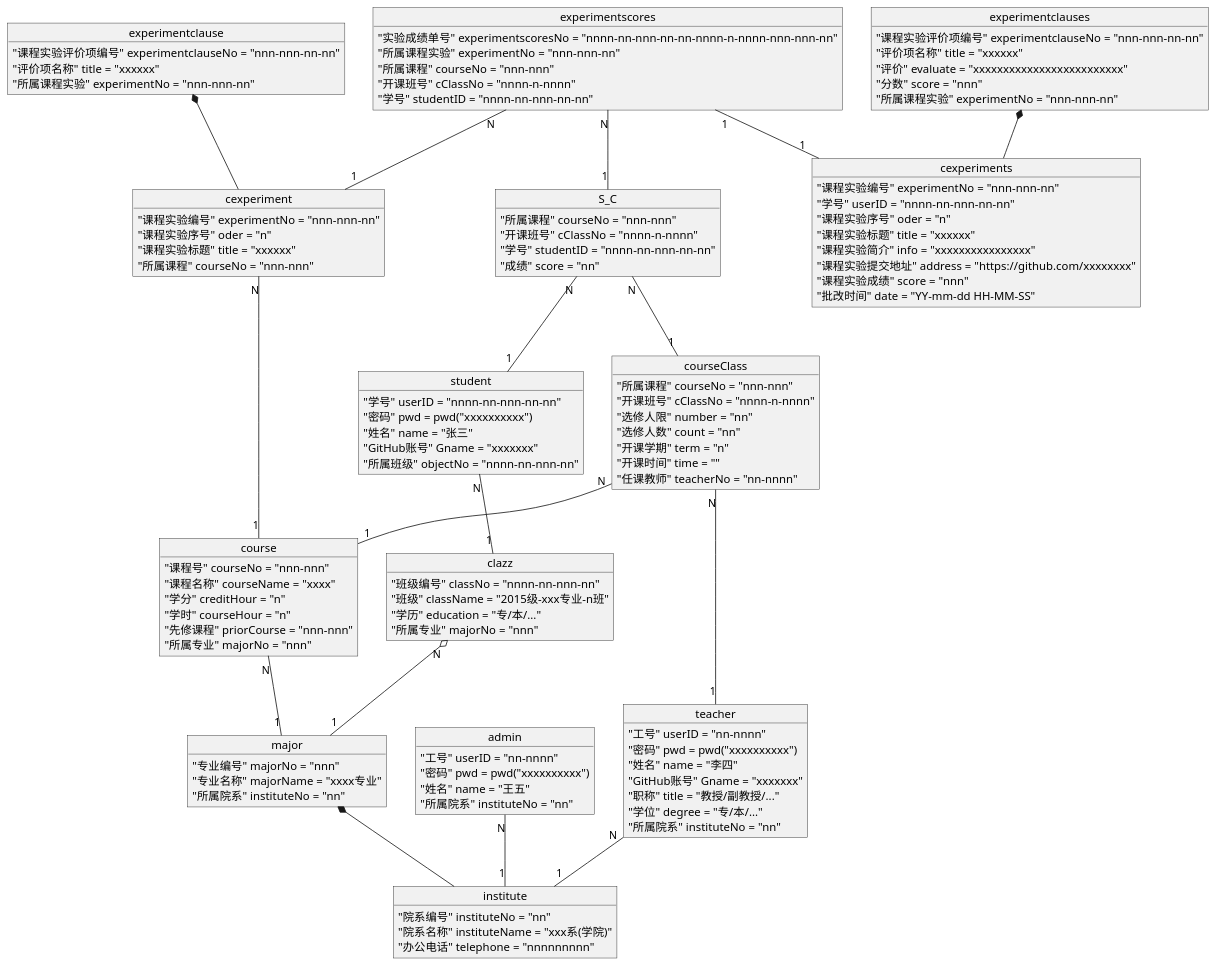
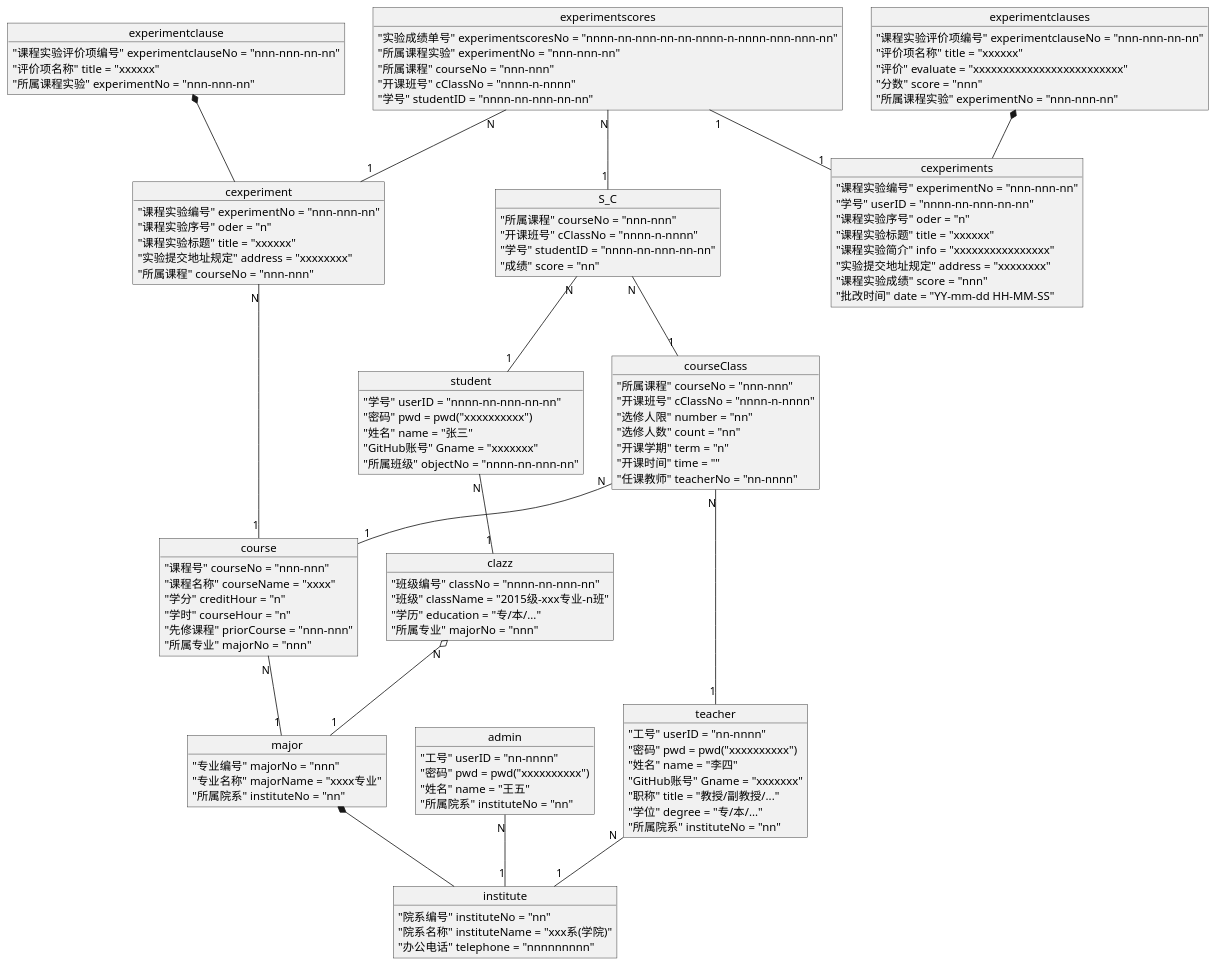
Before and after one commit to 201610414130/is_analysis-4: the diagram in test6/objectMView.pu, drawn with PlantUML. The commit also changed 7 other files, not shown here.

```diff
--- a/test6/objectMView.pu
+++ b/test6/objectMView.pu
@@ -1,124 +1,125 @@
 @startuml 对象图-总
 object student{
     "学号" userID = "nnnn-nn-nnn-nn-nn"
     "密码" pwd = pwd("xxxxxxxxxx")
     "姓名" name = "张三"
     "GitHub账号" Gname = "xxxxxxx"
     "所属班级" objectNo = "nnnn-nn-nnn-nn"
 }
 
 object teacher{
     "工号" userID = "nn-nnnn"
     "密码" pwd = pwd("xxxxxxxxxx")
     "姓名" name = "李四"
     "GitHub账号" Gname = "xxxxxxx"
     "职称" title = "教授/副教授/..."
     "学位" degree = "专/本/..."
     "所属院系" instituteNo = "nn"
 }
 
 object admin{
     "工号" userID = "nn-nnnn"
     "密码" pwd = pwd("xxxxxxxxxx")
     "姓名" name = "王五"
     "所属院系" instituteNo = "nn"
 }
 
 object clazz{
     "班级编号" classNo = "nnnn-nn-nnn-nn"
     "班级" className = "2015级-xxx专业-n班"
     "学历" education = "专/本/..."
     "所属专业" majorNo = "nnn"
 }
 
 object major{
     "专业编号" majorNo = "nnn"
     "专业名称" majorName = "xxxx专业"
     "所属院系" instituteNo = "nn"
 }
 
 object institute{
     "院系编号" instituteNo = "nn"
     "院系名称" instituteName = "xxx系(学院)"
     "办公电话" telephone = "nnnnnnnnn"
 }
 
 object cexperiment{
     "课程实验编号" experimentNo = "nnn-nnn-nn"
     "课程实验序号" oder = "n"
     "课程实验标题" title = "xxxxxx"
+    "实验提交地址规定" address = "xxxxxxxx"
     "所属课程" courseNo = "nnn-nnn"
 }
 object experimentclause{
     "课程实验评价项编号" experimentclauseNo = "nnn-nnn-nn-nn"
     "评价项名称" title = "xxxxxx"
     "所属课程实验" experimentNo = "nnn-nnn-nn"
 }
 
 object cexperiments{
     "课程实验编号" experimentNo = "nnn-nnn-nn"
     "学号" userID = "nnnn-nn-nnn-nn-nn"
     "课程实验序号" oder = "n"
     "课程实验标题" title = "xxxxxx"
     "课程实验简介" info = "xxxxxxxxxxxxxxxx"
-    "课程实验提交地址" address = "https://github.com/xxxxxxxx"
+    "实验提交地址规定" address = "xxxxxxxx"
     "课程实验成绩" score = "nnn"
     "批改时间" date = "YY-mm-dd HH-MM-SS"
 }
 object experimentclauses{
     "课程实验评价项编号" experimentclauseNo = "nnn-nnn-nn-nn"
     "评价项名称" title = "xxxxxx"
     "评价" evaluate = "xxxxxxxxxxxxxxxxxxxxxxxxx"
     "分数" score = "nnn"
     "所属课程实验" experimentNo = "nnn-nnn-nn"
 }
 
 object course{
     "课程号" courseNo = "nnn-nnn"
     "课程名称" courseName = "xxxx"
     "学分" creditHour = "n"
     "学时" courseHour = "n"
     "先修课程" priorCourse = "nnn-nnn"
     "所属专业" majorNo = "nnn"
 }
 
 object courseClass{
     "所属课程" courseNo = "nnn-nnn"
     "开课班号" cClassNo = "nnnn-n-nnnn"
     "选修人限" number = "nn"
     "选修人数" count = "nn"
     "开课学期" term = "n"
     "开课时间" time = ""
     "任课教师" teacherNo = "nn-nnnn"
 }
 
 object S_C{
     "所属课程" courseNo = "nnn-nnn"
     "开课班号" cClassNo = "nnnn-n-nnnn"
     "学号" studentID = "nnnn-nn-nnn-nn-nn"
     "成绩" score = "nn"
 }
 object experimentscores{
     "实验成绩单号" experimentscoresNo = "nnnn-nn-nnn-nn-nn-nnnn-n-nnnn-nnn-nnn-nn"
     "所属课程实验" experimentNo = "nnn-nnn-nn"
     "所属课程" courseNo = "nnn-nnn"
     "开课班号" cClassNo = "nnnn-n-nnnn"
     "学号" studentID = "nnnn-nn-nnn-nn-nn"
 }
 student "N" -- "1" clazz
 clazz "N" o-- "1" major
 major *-- institute
 teacher "N" -- "1" institute
 admin "N" -- "1" institute
 S_C "N" -- "1" student
 S_C "N" -- "1" courseClass
 courseClass "N" -- "1" course
 courseClass "N" -- "1" teacher
 course "N" -- "1" major
 experimentclause *-- cexperiment
 cexperiment "N" -- "1" course
 experimentscores "N" -- "1" S_C
 experimentscores "N" -- "1" cexperiment
 experimentclauses *-- cexperiments
 experimentscores "1"--"1" cexperiments
 @enduml
```
